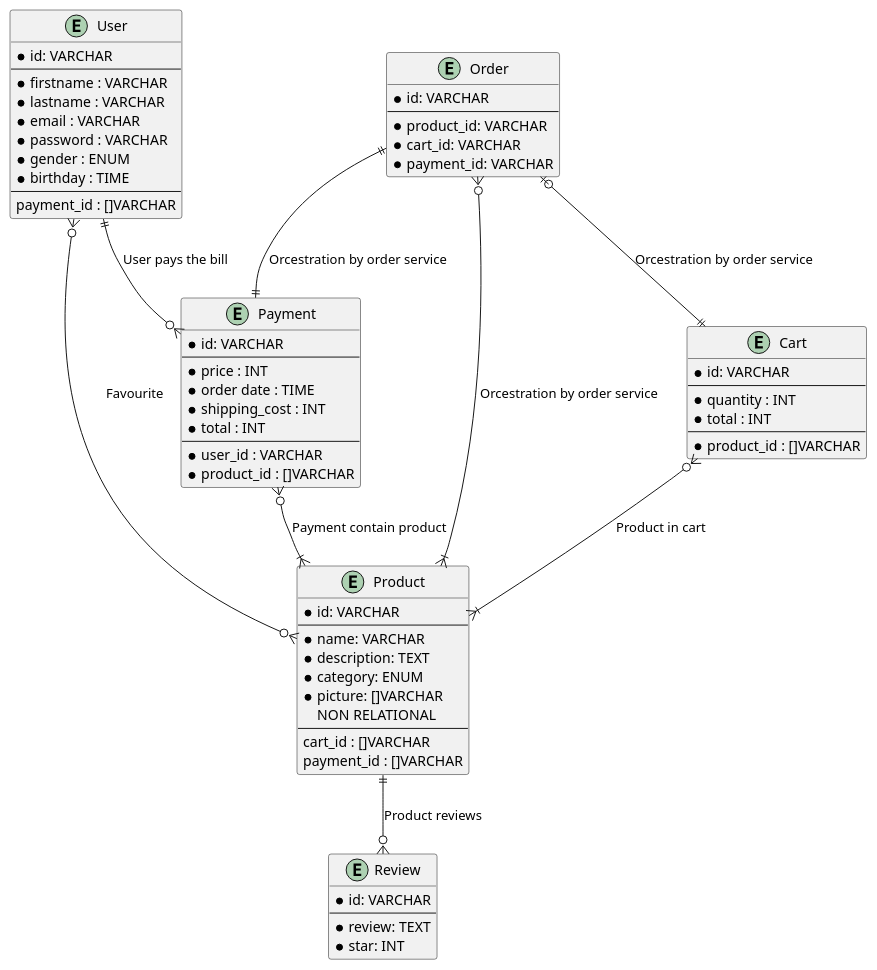
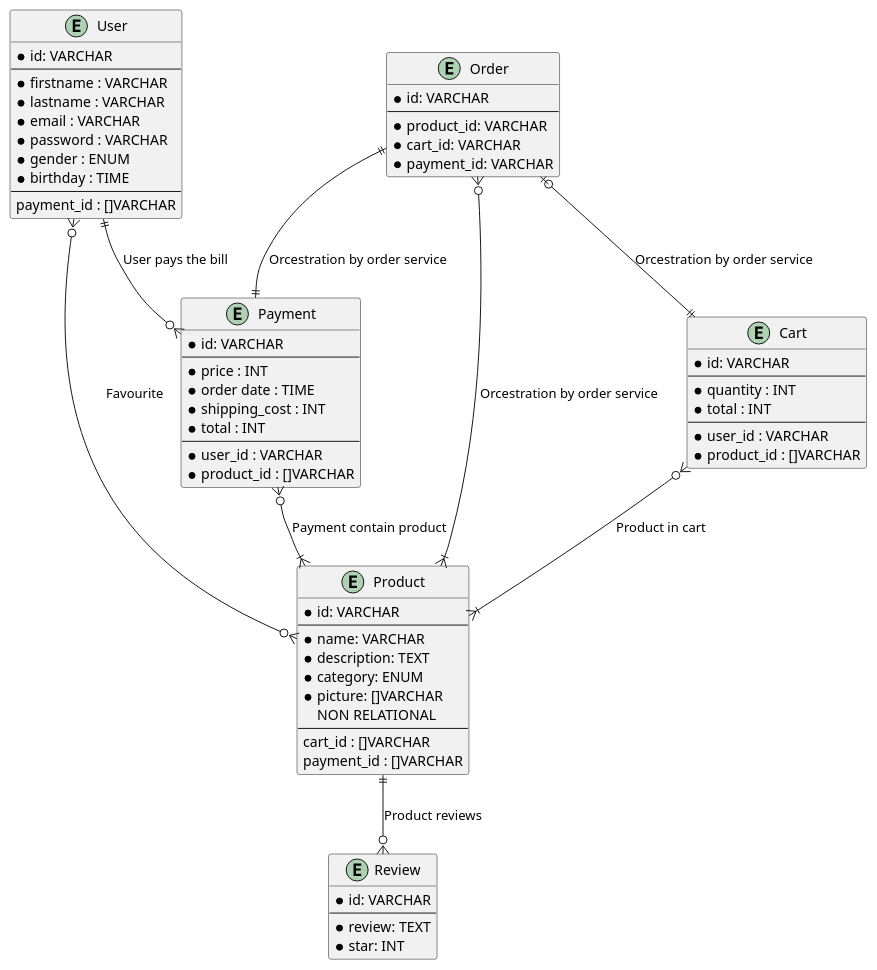
One commit to vandenbill/brand-commerce changed the diagram in erd.plantuml. Above: the diagram before and after it, drawn with PlantUML. The commit also changed 7 other files, not shown here.

```diff
--- a/erd.plantuml
+++ b/erd.plantuml
@@ -1,73 +1,74 @@
 @startuml brand-commerce-erd
 entity User {
     * id: VARCHAR
     --
     * firstname : VARCHAR
     * lastname : VARCHAR
     * email : VARCHAR
     * password : VARCHAR
     * gender : ENUM
     * birthday : TIME
     --
     payment_id : []VARCHAR
 }
 
 entity Product {
      * id: VARCHAR
     --
     * name: VARCHAR
     * description: TEXT
     * category: ENUM
     * picture: []VARCHAR
     NON RELATIONAL
     --
     cart_id : []VARCHAR
     payment_id : []VARCHAR
 }
 
 entity Cart {
     * id: VARCHAR
     --
     * quantity : INT
     * total : INT
     --
+    * user_id : VARCHAR
     * product_id : []VARCHAR
 }
 
 entity Payment {
     * id: VARCHAR
     --
     * price : INT
     * order date : TIME
     * shipping_cost : INT
     * total : INT
     --
     * user_id : VARCHAR
     * product_id : []VARCHAR
 }
 
 entity Order {
     * id: VARCHAR
     --
     * product_id: VARCHAR
     * cart_id: VARCHAR
     * payment_id: VARCHAR
 }
 
 entity Review {
     * id: VARCHAR
     --
     * review: TEXT
     * star: INT
 }
 
 User ||--o{ Payment : User pays the bill
 Cart }o--|{ Product : Product in cart
 Payment }o--|{ Product : Payment contain product
 User }o--o{ Product : Favourite
 Product ||--o{ Review : Product reviews
 Order ||--|| Payment : Orcestration by order service
 Order }o--|{ Product : Orcestration by order service
 Order |o--|| Cart : Orcestration by order service
 
 @enduml
```
